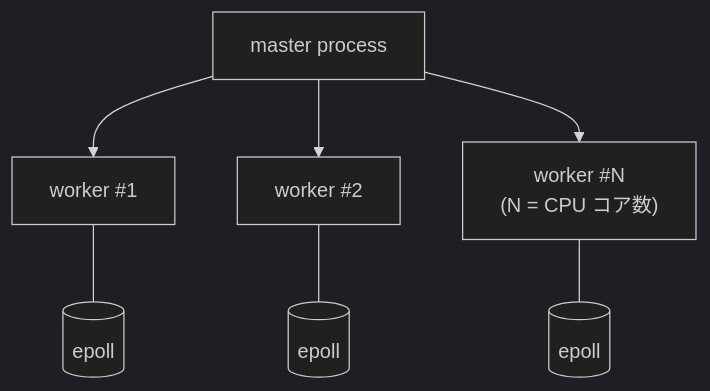
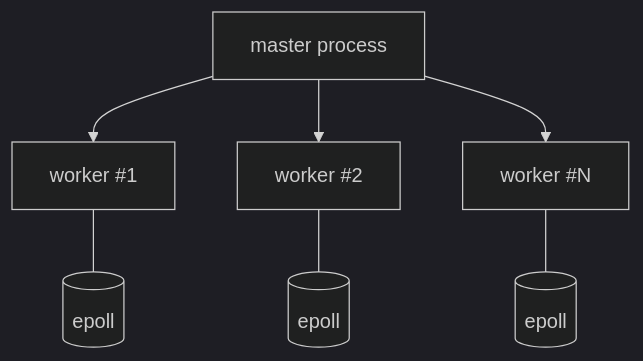
The sixth of 7 diagrams in src/content/blog/2026/web-server-architecture.md (jjjsmz/blog), drawn with Mermaid (dark theme) before and after one commit. The commit also changed other lines of this file, not shown here.

````diff
--- a/src/content/blog/2026/web-server-architecture.md
+++ b/src/content/blog/2026/web-server-architecture.md
@@ -935,9 +1006,9 @@
 ```mermaid Nginx の master / worker 構成
 graph TB
   M["master process"] --> W1["worker #1"]
   M --> W2["worker #2"]
-  M --> Wn["worker #N<br/>(N = CPU コア数)"]
+  M --> Wn["worker #N"]
   W1 --- E1[("epoll")]
   W2 --- E2[("epoll")]
   Wn --- En[("epoll")]
 ```
````
